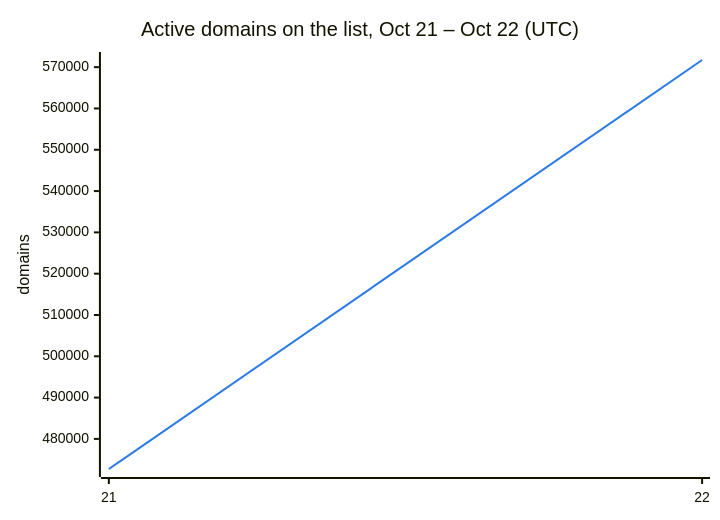
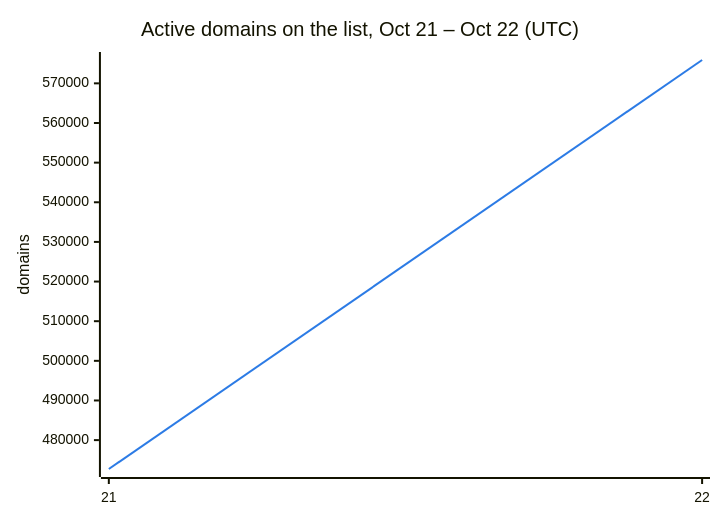
The second of 3 diagrams in README.md (DNSBunker/CTI), drawn with Mermaid before and after one commit. The commit also changed other lines of this file and 3 other files, not shown here.

````diff
--- a/README.md
+++ b/README.md
@@ -38,8 +38,8 @@
 ```mermaid
 %%{init: {"themeVariables": {"xyChart": {"plotColorPalette": "#2c7be5"}}}}%%
 xychart-beta
     title "Active domains on the list, Oct 21 – Oct 22 (UTC)"
     x-axis ["21", "22"]
     y-axis "domains"
-    line [472713, 571732]
+    line [472713, 575891]
 ```
````
